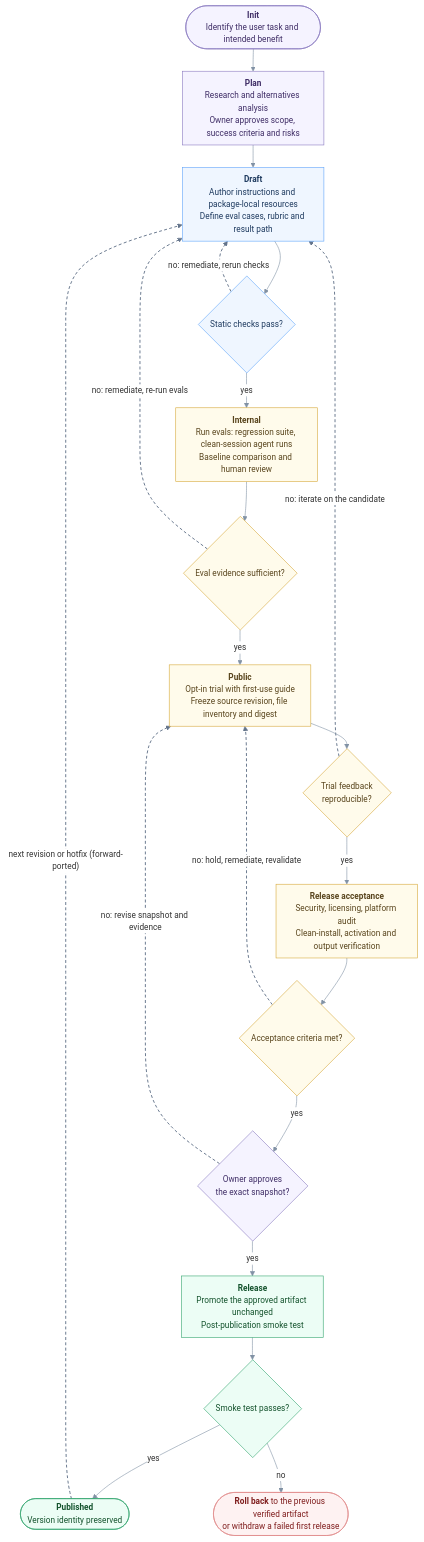
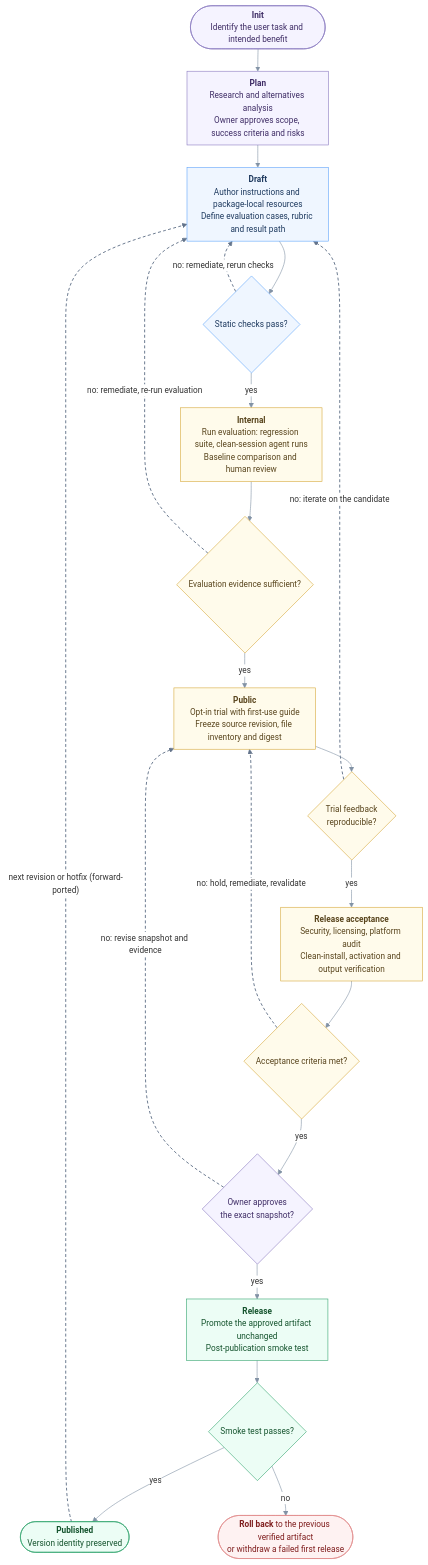
The diagram in knowledge/skill-lifecycle/README.md (ClydeShen/skills), drawn with Mermaid before and after one commit.

Commit message:
docs(lifecycle): write evaluation in full in the lifecycle diagram
Claude-Session: https://claude.ai/code/session_01SA5kRZNw6HYr8hEBAyUCQE

````diff
--- a/knowledge/skill-lifecycle/README.md
+++ b/knowledge/skill-lifecycle/README.md
@@ -19,47 +19,47 @@
 ```mermaid
 %%{init: {"theme": "base", "fontFamily": "Arial, sans-serif", "flowchart": {"curve": "basis", "nodeSpacing": 40, "rankSpacing": 38, "htmlLabels": true, "padding": 10}, "themeVariables": {"fontSize": "14px", "lineColor": "#8292A5", "edgeLabelBackground": "#FFFFFF"}}}%%
 flowchart TB
     init(["<b>Init</b><br/>Identify the user task and intended benefit"])
     plan["<b>Plan</b><br/>Research and alternatives analysis<br/>Owner approves scope, success criteria and risks"]
-    draft["<b>Draft</b><br/>Author instructions and package-local resources<br/>Define eval cases, rubric and result path"]
+    draft["<b>Draft</b><br/>Author instructions and package-local resources<br/>Define evaluation cases, rubric and result path"]
     d1{"Static checks pass?"}
-    internal["<b>Internal</b><br/>Run evals: regression suite, clean-session agent runs<br/>Baseline comparison and human review"]
-    d2{"Eval evidence sufficient?"}
+    internal["<b>Internal</b><br/>Run evaluation: regression suite, clean-session agent runs<br/>Baseline comparison and human review"]
+    d2{"Evaluation evidence sufficient?"}
     public["<b>Public</b><br/>Opt-in trial with first-use guide<br/>Freeze source revision, file inventory and digest"]
     d3{"Trial feedback<br/>reproducible?"}
     accept["<b>Release acceptance</b><br/>Security, licensing, platform audit<br/>Clean-install, activation and output verification"]
     d4{"Acceptance criteria met?"}
     d5{"Owner approves<br/>the exact snapshot?"}
     release["<b>Release</b><br/>Promote the approved artifact unchanged<br/>Post-publication smoke test"]
     d6{"Smoke test passes?"}
     live(["<b>Published</b><br/>Version identity preserved"])
     undo(["<b>Roll back</b> to the previous verified artifact<br/>or withdraw a failed first release"])
 
     init --> plan --> draft --> d1
     d1 -- yes --> internal --> d2
     d2 -- yes --> public --> d3
     d3 -- yes --> accept --> d4
     d4 -- yes --> d5
     d5 -- yes --> release --> d6
     d6 -- yes --> live
     d6 -- no --> undo
 
     d1 -. "no: remediate, rerun checks" .-> draft
-    d2 -. "no: remediate, re-run evals" .-> draft
+    d2 -. "no: remediate, re-run evaluation" .-> draft
     d3 -. "no: iterate on the candidate" .-> draft
     d4 -. "no: hold, remediate, revalidate" .-> public
     d5 -. "no: revise snapshot and evidence" .-> public
     live -. "next revision or hotfix (forward-ported)" .-> draft
 
     classDef person fill:#F5F3FF,stroke:#8B7BC0,color:#3F2D66
     classDef tool fill:#EFF6FF,stroke:#60A5FA,color:#1E3A5F
     classDef evidence fill:#FFFBEB,stroke:#D6A93C,color:#59451D
     classDef stable fill:#ECFDF5,stroke:#34A56F,color:#14532D
     classDef fail fill:#FEF2F2,stroke:#E08A8A,color:#7F1D1D
     class init,plan,d5 person
     class draft,d1 tool
     class internal,public,accept,d2,d3,d4 evidence
     class release,d6,live stable
     class undo fail
     linkStyle 14,15,16,17,18,19 stroke:#64748B,stroke-width:1.6px,stroke-dasharray:5 4
 ```
````
